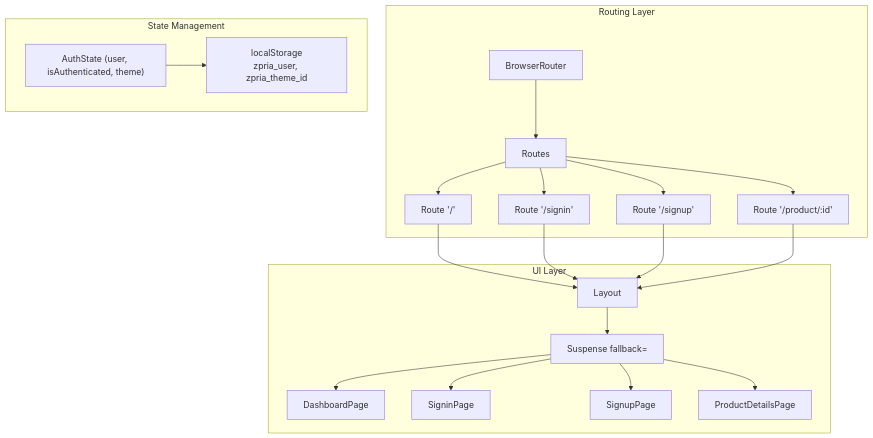
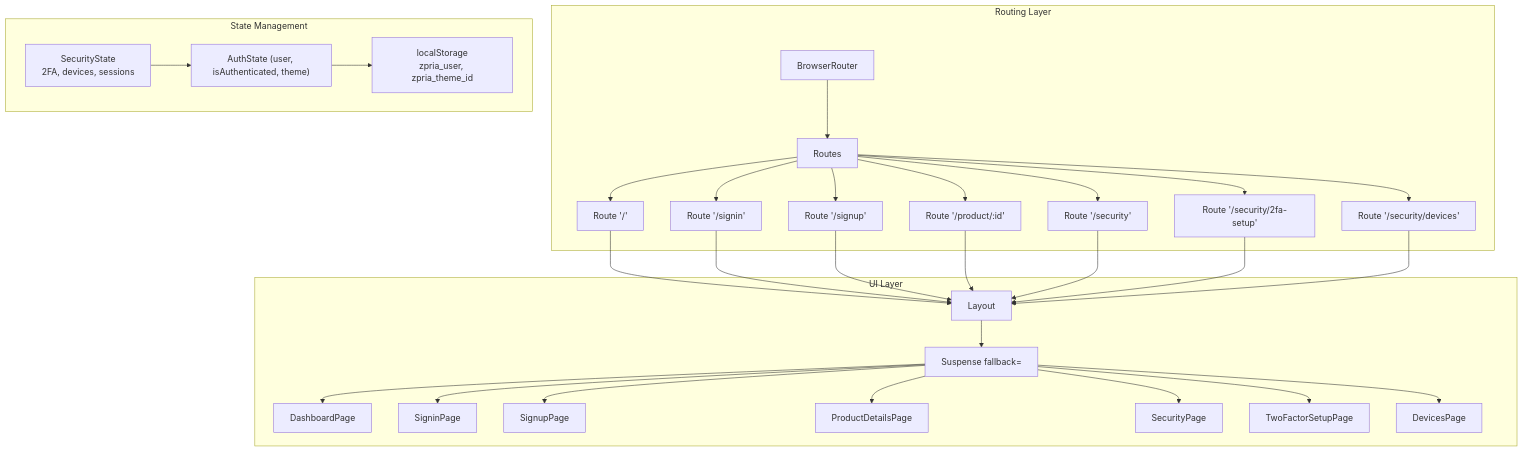
One commit to zpria/ACCOUND-ZPRIA changed the second of 5 diagrams in .qoder/repowiki/en/content/Architecture Overview/Routing System.md. Above: the diagram before and after it, drawn with Mermaid. The commit also changed other lines of this file and 12 other files, not shown here.

````diff
--- a/.qoder/repowiki/en/content/Architecture Overview/Routing System.md
+++ b/.qoder/repowiki/en/content/Architecture Overview/Routing System.md
@@ -93,38 +110,55 @@
 ```mermaid
 graph TB
 subgraph "Routing Layer"
 Router["BrowserRouter"]
 RoutesNode["Routes"]
 RouteHome["Route '/'"]
 RouteSignin["Route '/signin'"]
 RouteSignup["Route '/signup'"]
 RouteProduct["Route '/product/:id'"]
+RouteSecurity["Route '/security'"]
+RouteSecurity2FA["Route '/security/2fa-setup'"]
+RouteSecurityDevices["Route '/security/devices'"]
 end
 subgraph "UI Layer"
 LayoutNode["Layout"]
 SuspenseNode["Suspense fallback=<LoadingPage/>"]
 PageDashboard["DashboardPage"]
 PageSignin["SigninPage"]
 PageSignup["SignupPage"]
 PageProduct["ProductDetailsPage"]
+PageSecurity["SecurityPage"]
+Page2FA["TwoFactorSetupPage"]
+PageDevices["DevicesPage"]
 end
 subgraph "State Management"
 AuthState["AuthState (user, isAuthenticated, theme)"]
 LocalStorage["localStorage<br/>zpria_user, zpria_theme_id"]
+SecurityState["SecurityState<br/>2FA, devices, sessions"]
 end
 Router --> RoutesNode
 RoutesNode --> RouteHome
 RoutesNode --> RouteSignin
 RoutesNode --> RouteSignup
 RoutesNode --> RouteProduct
+RoutesNode --> RouteSecurity
+RoutesNode --> RouteSecurity2FA
+RoutesNode --> RouteSecurityDevices
 RouteHome --> LayoutNode
 RouteSignin --> LayoutNode
 RouteSignup --> LayoutNode
 RouteProduct --> LayoutNode
+RouteSecurity --> LayoutNode
+RouteSecurity2FA --> LayoutNode
+RouteSecurityDevices --> LayoutNode
 LayoutNode --> SuspenseNode
 SuspenseNode --> PageDashboard
 SuspenseNode --> PageSignin
 SuspenseNode --> PageSignup
 SuspenseNode --> PageProduct
+SuspenseNode --> PageSecurity
+SuspenseNode --> Page2FA
+SuspenseNode --> PageDevices
 AuthState --> LocalStorage
+SecurityState --> AuthState
 ```
````
